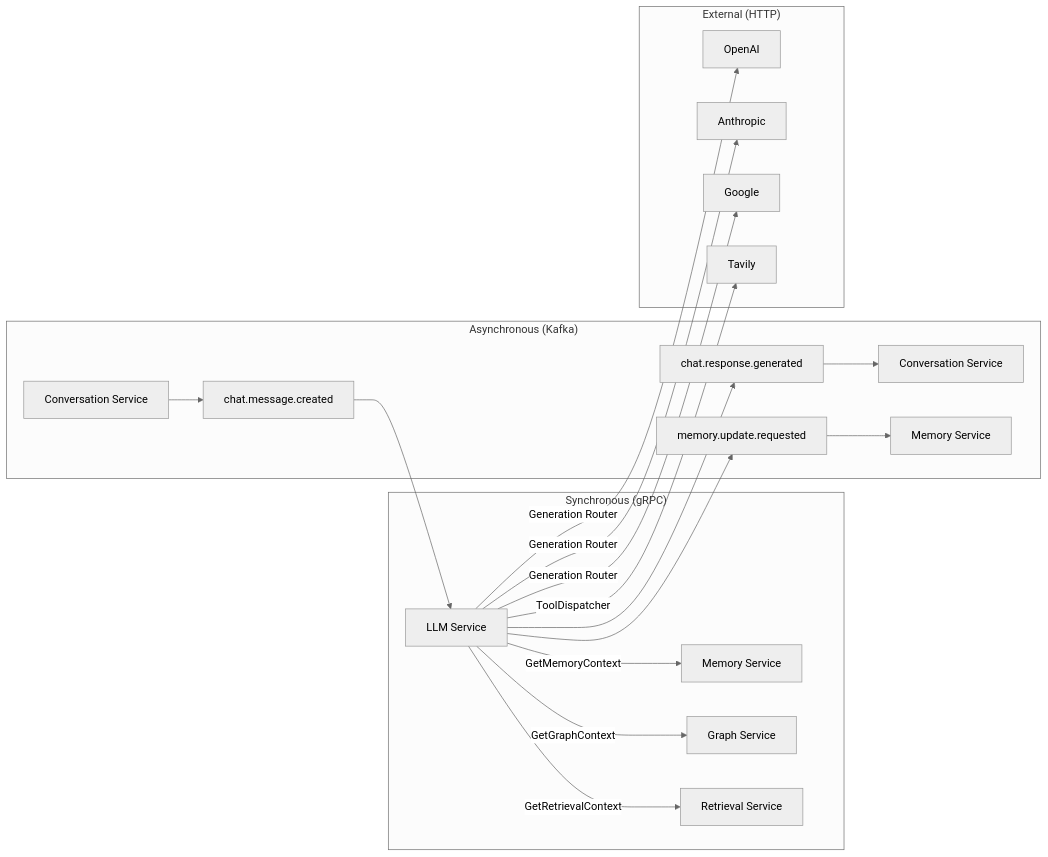
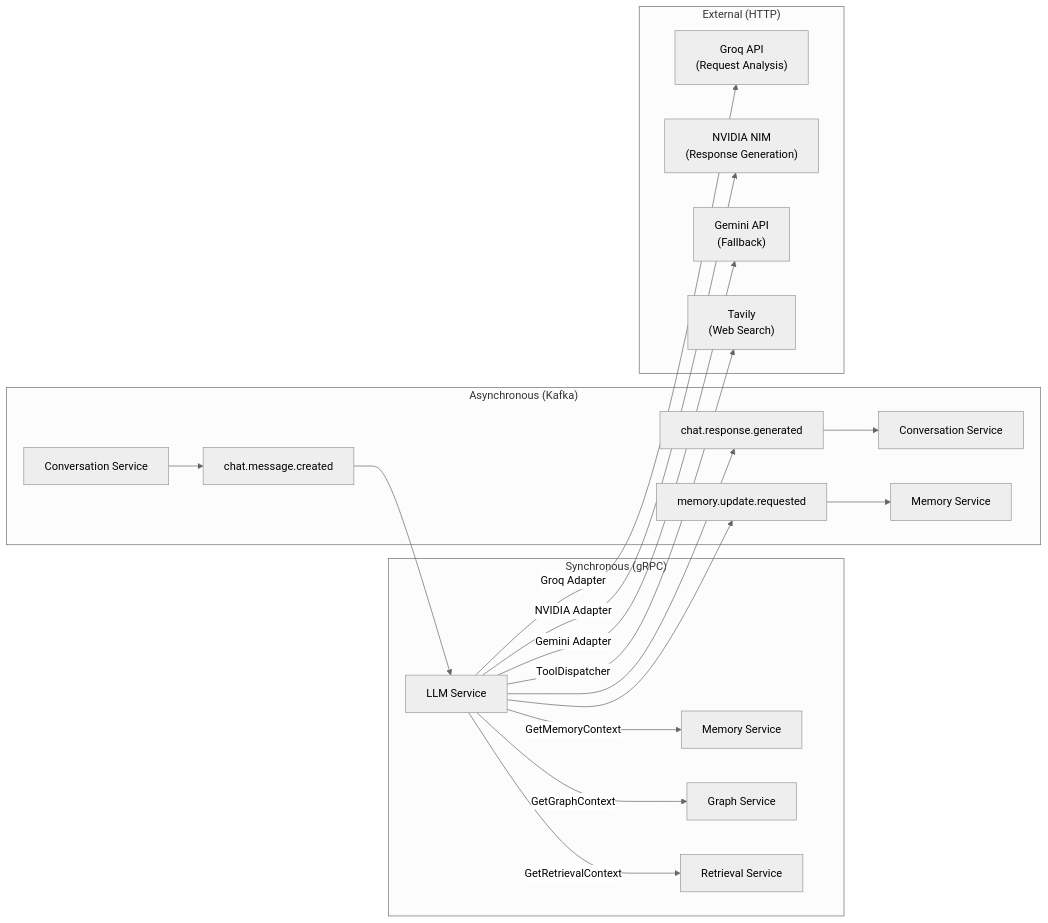
One commit to GranthanAI/llm-service changed the fifth of 17 diagrams in docs/hld.md. Above: the diagram before and after it, drawn with Mermaid (neutral theme). The commit also changed other lines of this file and 1 other file, not shown here.

Commit message:
docs: fix mermaid diagrams and update folder structure to app/ layout

````diff
--- a/docs/hld.md
+++ b/docs/hld.md
@@ -927,38 +927,38 @@
 ```mermaid
 graph LR
     subgraph "Synchronous (gRPC)"
         LLM["LLM Service"]
         Mem["Memory Service"]
         Graph["Graph Service"]
         Ret["Retrieval Service"]
         LLM -- "GetMemoryContext" --> Mem
         LLM -- "GetGraphContext" --> Graph
         LLM -- "GetRetrievalContext" --> Ret
     end
 
     subgraph "Asynchronous (Kafka)"
         KIn["chat.message.created"]
         KOut["chat.response.generated"]
         KMem["memory.update.requested"]
         ConvIn["Conversation Service"]
         ConvOut["Conversation Service"]
         MemAsync["Memory Service"]
         ConvIn --> KIn
         KIn --> LLM
         LLM --> KOut
         KOut --> ConvOut
         LLM --> KMem
         KMem --> MemAsync
     end
 
     subgraph "External (HTTP)"
-        OpenAI["OpenAI"]
-        Claude["Anthropic"]
-        Gemini["Google"]
-        Search["Tavily"]
-        LLM -- "Generation Router" --> OpenAI
-        LLM -- "Generation Router" --> Claude
-        LLM -- "Generation Router" --> Gemini
+        Groq["Groq API\n(Request Analysis)"]
+        NVIDIA["NVIDIA NIM\n(Response Generation)"]
+        Gemini["Gemini API\n(Fallback)"]
+        Search["Tavily\n(Web Search)"]
+        LLM -- "Groq Adapter" --> Groq
+        LLM -- "NVIDIA Adapter" --> NVIDIA
+        LLM -- "Gemini Adapter" --> Gemini
         LLM -- "ToolDispatcher" --> Search
     end
 ```
````
